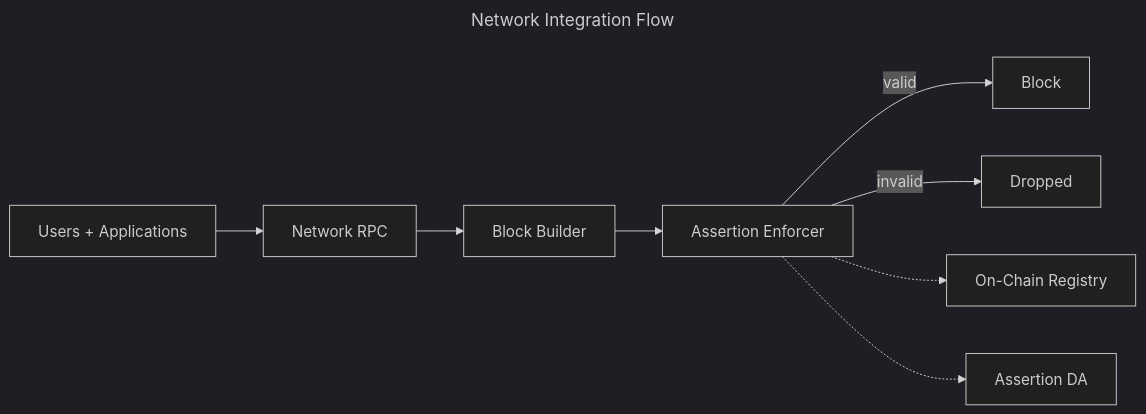
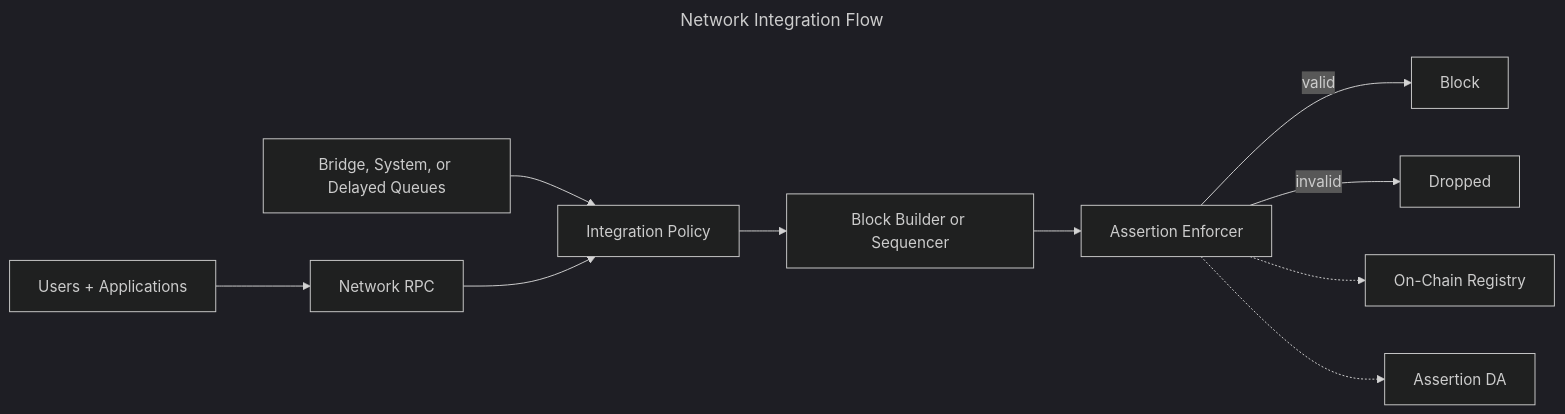
The diagram in credible/network-integration.mdx (phylaxsystems/phylax-docs), drawn with Mermaid (dark theme) before and after one commit. The commit also changed other lines of this file and 5 other files, not shown here.

````diff
--- a/credible/network-integration.mdx
+++ b/credible/network-integration.mdx
@@ -23,13 +23,15 @@
 ```mermaid
 ---
 title: Network Integration Flow
 ---
 flowchart LR
   Users[Users + Applications] --> RPC[Network RPC]
-  RPC --> Builder[Block Builder]
+  System[Bridge, System, or Delayed Queues] --> Policy[Integration Policy]
+  RPC --> Policy
+  Policy --> Builder[Block Builder or Sequencer]
   Builder --> Enforcer[Assertion Enforcer]
   Enforcer -->|valid| Block[Block]
   Enforcer -->|invalid| Drop[Dropped]
   Enforcer -.-> Registry[On-Chain Registry]
   Enforcer -.-> DA[Assertion DA]
 ```
````
